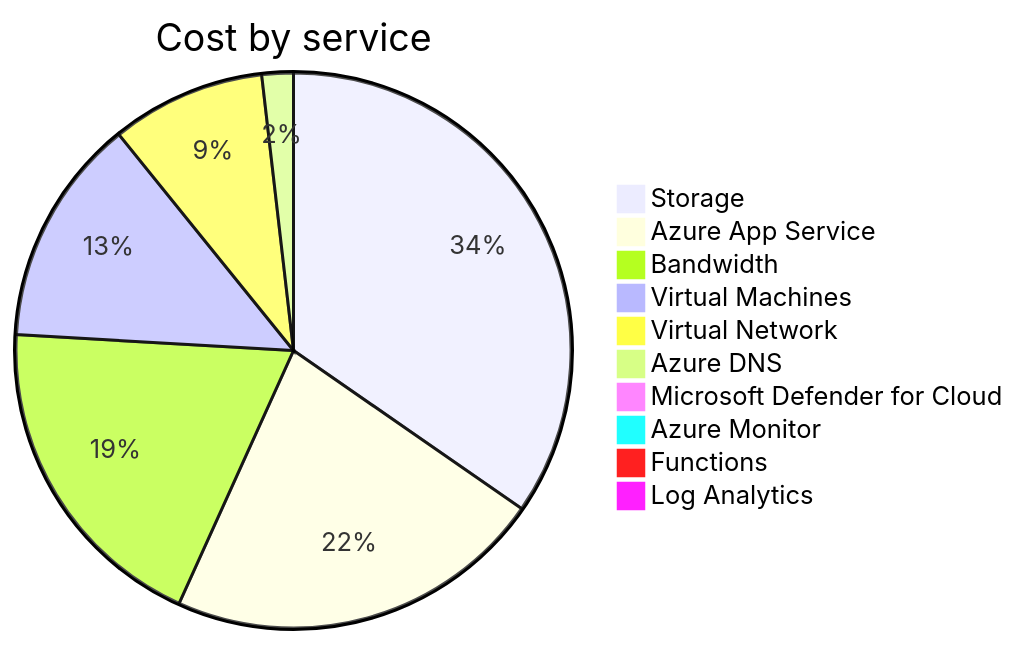
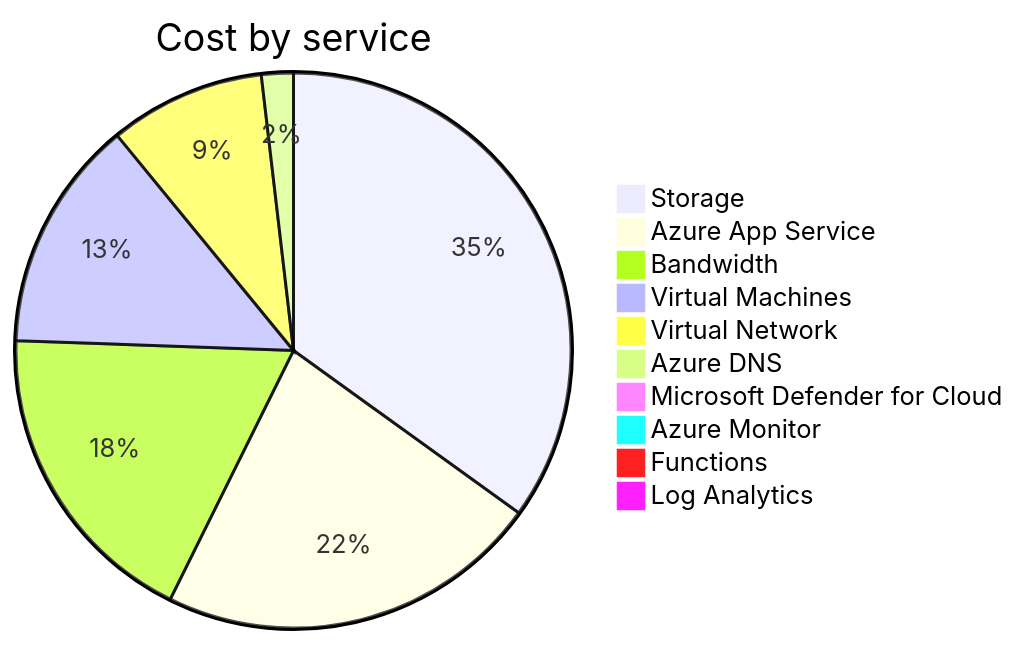
The second of 4 diagrams in cost-reports/accumulated-cost.md (jpfulton/azure-personal-reports), drawn with Mermaid before and after one commit. The commit also changed other lines of this file and 4 other files, not shown here.

````diff
--- a/cost-reports/accumulated-cost.md
+++ b/cost-reports/accumulated-cost.md
@@ -100,14 +100,14 @@
 ```mermaid
 pie
    title Cost by service
-   "Storage" : 14.76
-   "Azure App Service" : 9.42
+   "Storage" : 15.63
+   "Azure App Service" : 10.01
    "Bandwidth" : 8.16
-   "Virtual Machines" : 5.65
-   "Virtual Network" : 3.83
-   "Azure DNS" : 0.78
-   "Microsoft Defender for Cloud" : 0.39
+   "Virtual Machines" : 6.04
+   "Virtual Network" : 4.06
+   "Azure DNS" : 0.83
+   "Microsoft Defender for Cloud" : 0.41
    "Azure Monitor" : 0.00
    "Functions" : 0.00
    "Log Analytics" : 0.00
 ```
````
